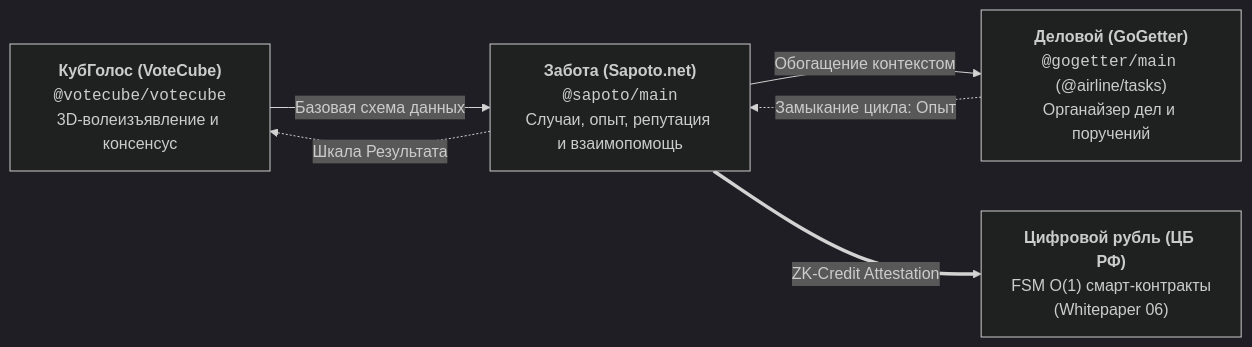
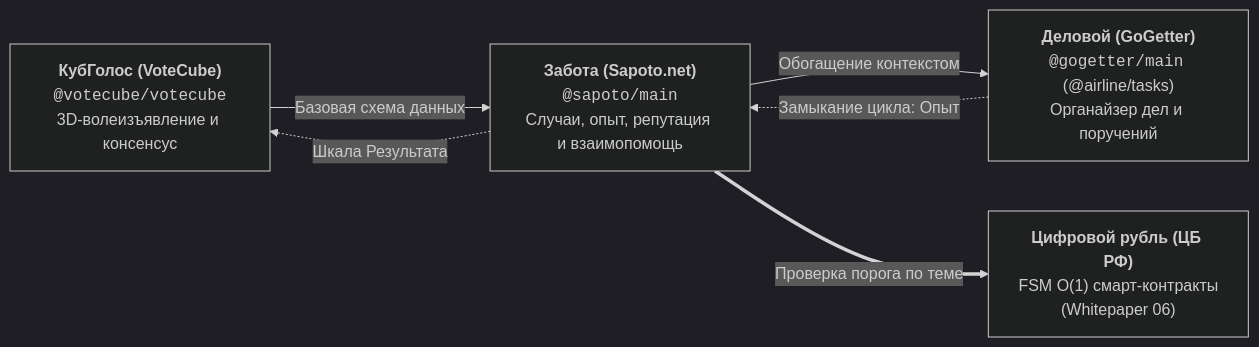
One commit to Data-Independence-Network/presentations changed the first of 2 diagrams in shared_docs/whitepapers/applications/README.md. Above: the diagram before and after it, drawn with Mermaid (dark theme). The commit also changed other lines of this file and 10 other files, not shown here.

````diff
--- a/shared_docs/whitepapers/applications/README.md
+++ b/shared_docs/whitepapers/applications/README.md
@@ -14,13 +14,13 @@
 ```mermaid
 graph LR
     VC["<b>КубГолос (VoteCube)</b><br/><code>@votecube/votecube</code><br/>3D-волеизъявление и консенсус"]
     SAP["<b>Забота (Sapoto.net)</b><br/><code>@sapoto/main</code><br/>Случаи, опыт, репутация и взаимопомощь"]
     GG["<b>Деловой (GoGetter)</b><br/><code>@gogetter/main</code> (@airline/tasks)<br/>Органайзер дел и поручений"]
     CBR["<b>Цифровой рубль (ЦБ РФ)</b><br/>FSM O(1) смарт-контракты<br/>(Whitepaper 06)"]
 
     VC -->|Базовая схема данных| SAP
     SAP -->|Обогащение контекстом| GG
     GG -.->|Замыкание цикла: Опыт| SAP
     SAP -.->|Шкала Результата| VC
-    SAP ==>|ZK-Credit Attestation| CBR
+    SAP ==>|Проверка порога по теме| CBR
 ```
````
